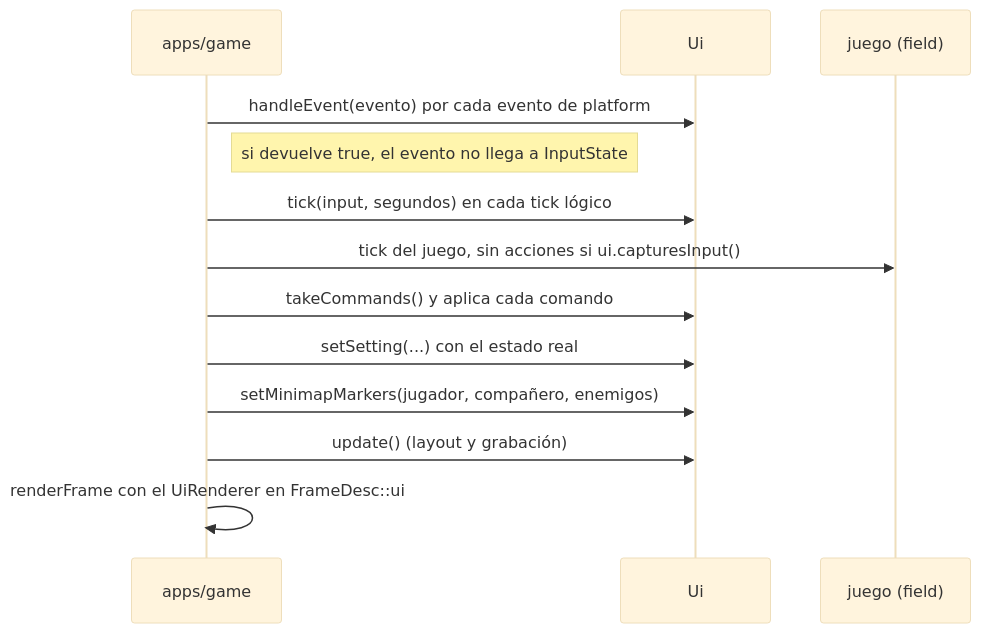
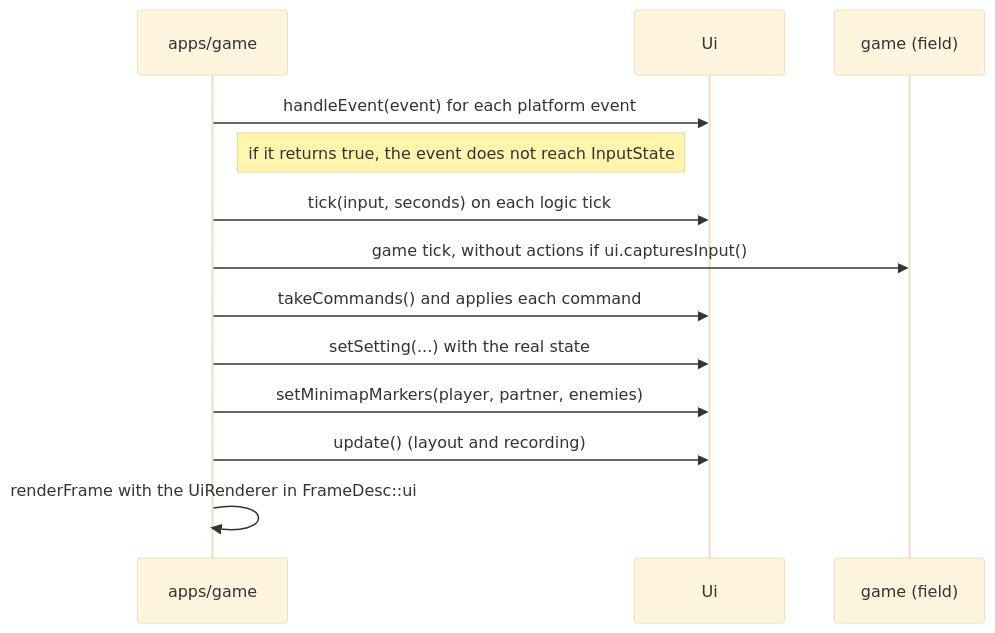
One commit to Indie-Modding-Games/dw-engine changed the diagram in docs/architecture/ui.md. Above: the diagram before and after it, drawn with Mermaid (base theme). The commit also changed other lines of this file and 1244 other files, not shown here.

````diff
--- a/docs/architecture/ui.md
+++ b/docs/architecture/ui.md
@@ -29,15 +29,15 @@
 ```mermaid
 sequenceDiagram
     participant App as apps/game
     participant Ui
-    participant Game as juego (field)
-    App->>Ui: handleEvent(evento) por cada evento de platform
-    Note right of App: si devuelve true, el evento no llega a InputState
-    App->>Ui: tick(input, segundos) en cada tick lógico
-    App->>Game: tick del juego, sin acciones si ui.capturesInput()
-    App->>Ui: takeCommands() y aplica cada comando
-    App->>Ui: setSetting(...) con el estado real
-    App->>Ui: setMinimapMarkers(jugador, compañero, enemigos)
-    App->>Ui: update() (layout y grabación)
-    App->>App: renderFrame con el UiRenderer en FrameDesc::ui
+    participant Game as game (field)
+    App->>Ui: handleEvent(event) for each platform event
+    Note right of App: if it returns true, the event does not reach InputState
+    App->>Ui: tick(input, seconds) on each logic tick
+    App->>Game: game tick, without actions if ui.capturesInput()
+    App->>Ui: takeCommands() and applies each command
+    App->>Ui: setSetting(...) with the real state
+    App->>Ui: setMinimapMarkers(player, partner, enemies)
+    App->>Ui: update() (layout and recording)
+    App->>App: renderFrame with the UiRenderer in FrameDesc::ui
 ```
````
